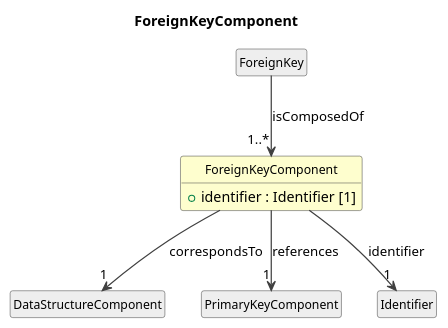
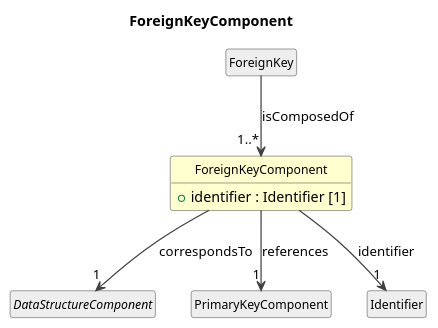
Before and after one commit to Cross-Domain-Interoperability-Framework/metadataBuildingBlocks: the diagram in cdif-uml-model/_plantuml/cdifDataStructure/Classes/ForeignKeyComponent.pu, drawn with PlantUML. The commit also changed 78 other files, not shown here.

First line of the commit message:
Regenerate model browser: DataStructure hierarchy + toggle/sticky/clip UI fixes

```diff
--- a/cdif-uml-model/_plantuml/cdifDataStructure/Classes/ForeignKeyComponent.pu
+++ b/cdif-uml-model/_plantuml/cdifDataStructure/Classes/ForeignKeyComponent.pu
@@ -1,25 +1,25 @@
 @startuml
 title ForeignKeyComponent
 hide circle
 hide empty members
 skinparam shadowing false
 skinparam ArrowThickness 1.2
 skinparam class {
   ArrowColor #404040
   BorderColor #404040
   FontSize 12
 }
 
 class "ForeignKeyComponent" as ForeignKeyComponent #FEFECE {
   +identifier : Identifier [1]
 }
 class "ForeignKey" as ForeignKey #EEEEEE
 ForeignKey --> "1..*" ForeignKeyComponent : isComposedOf
-class "DataStructureComponent" as DataStructureComponent #EEEEEE
+abstract class "DataStructureComponent" as DataStructureComponent #EEEEEE
 ForeignKeyComponent --> "1" DataStructureComponent : correspondsTo
 class "PrimaryKeyComponent" as PrimaryKeyComponent #EEEEEE
 ForeignKeyComponent --> "1" PrimaryKeyComponent : references
 class "Identifier" as Identifier #EEEEEE
 ForeignKeyComponent --> "1" Identifier : identifier
 
 @enduml
```
